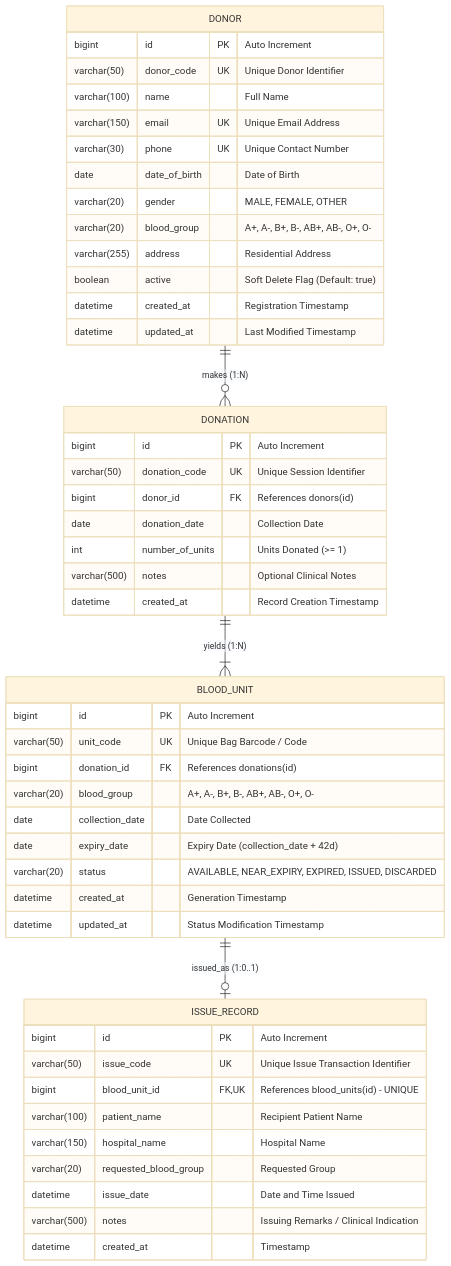
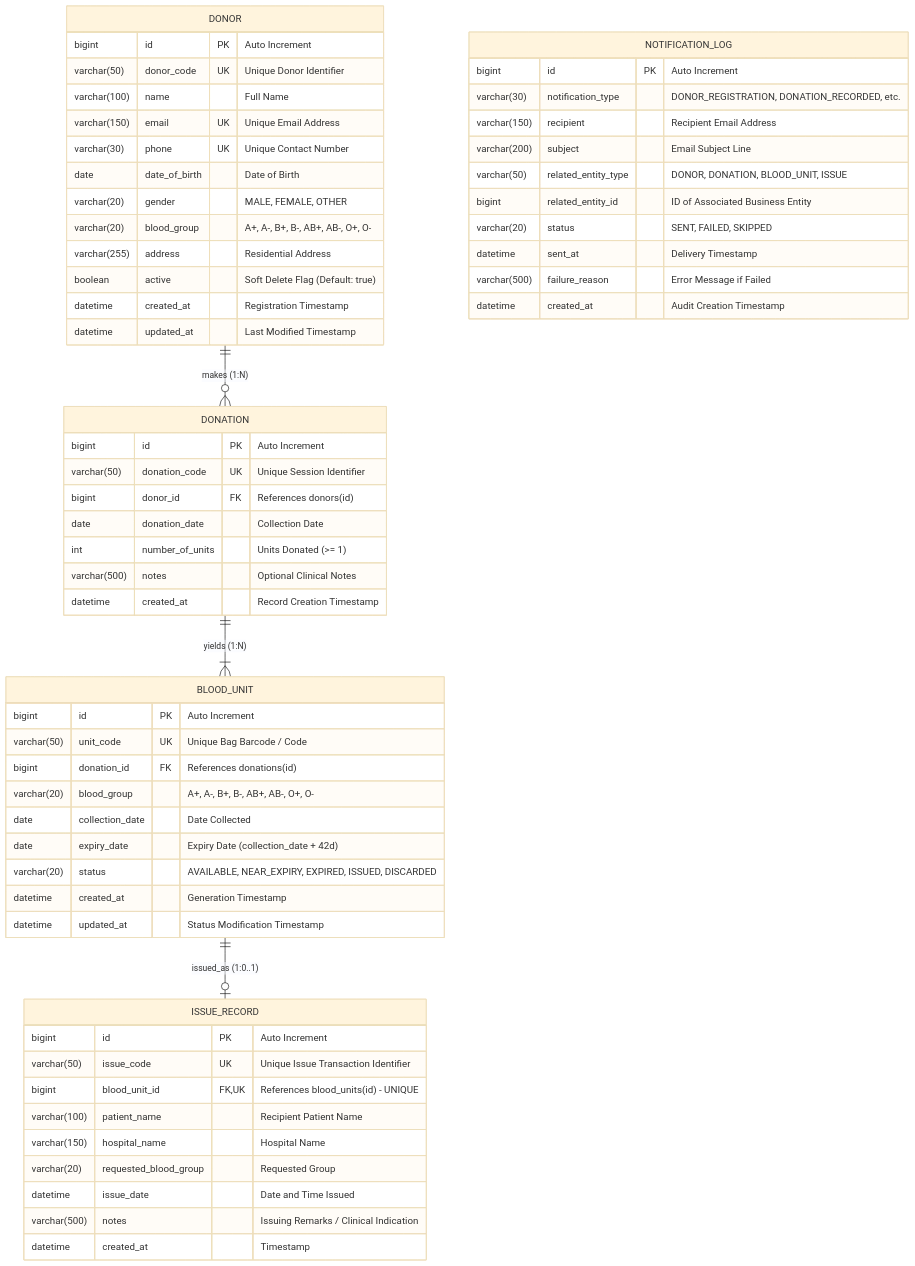
One commit to jagetheswaren/bloodbank changed the diagram in docs/DATABASE_DESIGN.md. Above: the diagram before and after it, drawn with Mermaid (base theme). The commit also changed other lines of this file and 9 other files, not shown here.

````diff
--- a/docs/DATABASE_DESIGN.md
+++ b/docs/DATABASE_DESIGN.md
@@ -16,55 +16,68 @@
 ```mermaid
 erDiagram
     DONOR ||--o{ DONATION : "makes (1:N)"
     DONATION ||--|{ BLOOD_UNIT : "yields (1:N)"
     BLOOD_UNIT ||--o| ISSUE_RECORD : "issued_as (1:0..1)"
 
     DONOR {
         bigint id PK "Auto Increment"
         varchar(50) donor_code UK "Unique Donor Identifier"
         varchar(100) name "Full Name"
         varchar(150) email UK "Unique Email Address"
         varchar(30) phone UK "Unique Contact Number"
         date date_of_birth "Date of Birth"
         varchar(20) gender "MALE, FEMALE, OTHER"
         varchar(20) blood_group "A+, A-, B+, B-, AB+, AB-, O+, O-"
         varchar(255) address "Residential Address"
         boolean active "Soft Delete Flag (Default: true)"
         datetime created_at "Registration Timestamp"
         datetime updated_at "Last Modified Timestamp"
     }
 
     DONATION {
         bigint id PK "Auto Increment"
         varchar(50) donation_code UK "Unique Session Identifier"
         bigint donor_id FK "References donors(id)"
         date donation_date "Collection Date"
         int number_of_units "Units Donated (>= 1)"
         varchar(500) notes "Optional Clinical Notes"
         datetime created_at "Record Creation Timestamp"
     }
 
     BLOOD_UNIT {
         bigint id PK "Auto Increment"
         varchar(50) unit_code UK "Unique Bag Barcode / Code"
         bigint donation_id FK "References donations(id)"
         varchar(20) blood_group "A+, A-, B+, B-, AB+, AB-, O+, O-"
         date collection_date "Date Collected"
         date expiry_date "Expiry Date (collection_date + 42d)"
         varchar(20) status "AVAILABLE, NEAR_EXPIRY, EXPIRED, ISSUED, DISCARDED"
         datetime created_at "Generation Timestamp"
         datetime updated_at "Status Modification Timestamp"
     }
 
     ISSUE_RECORD {
         bigint id PK "Auto Increment"
         varchar(50) issue_code UK "Unique Issue Transaction Identifier"
         bigint blood_unit_id FK,UK "References blood_units(id) - UNIQUE"
         varchar(100) patient_name "Recipient Patient Name"
         varchar(150) hospital_name "Hospital Name"
         varchar(20) requested_blood_group "Requested Group"
         datetime issue_date "Date and Time Issued"
         varchar(500) notes "Issuing Remarks / Clinical Indication"
         datetime created_at "Timestamp"
     }
+
+    NOTIFICATION_LOG {
+        bigint id PK "Auto Increment"
+        varchar(30) notification_type "DONOR_REGISTRATION, DONATION_RECORDED, etc."
+        varchar(150) recipient "Recipient Email Address"
+        varchar(200) subject "Email Subject Line"
+        varchar(50) related_entity_type "DONOR, DONATION, BLOOD_UNIT, ISSUE"
+        bigint related_entity_id "ID of Associated Business Entity"
+        varchar(20) status "SENT, FAILED, SKIPPED"
+        datetime sent_at "Delivery Timestamp"
+        varchar(500) failure_reason "Error Message if Failed"
+        datetime created_at "Audit Creation Timestamp"
+    }
 ```
````
